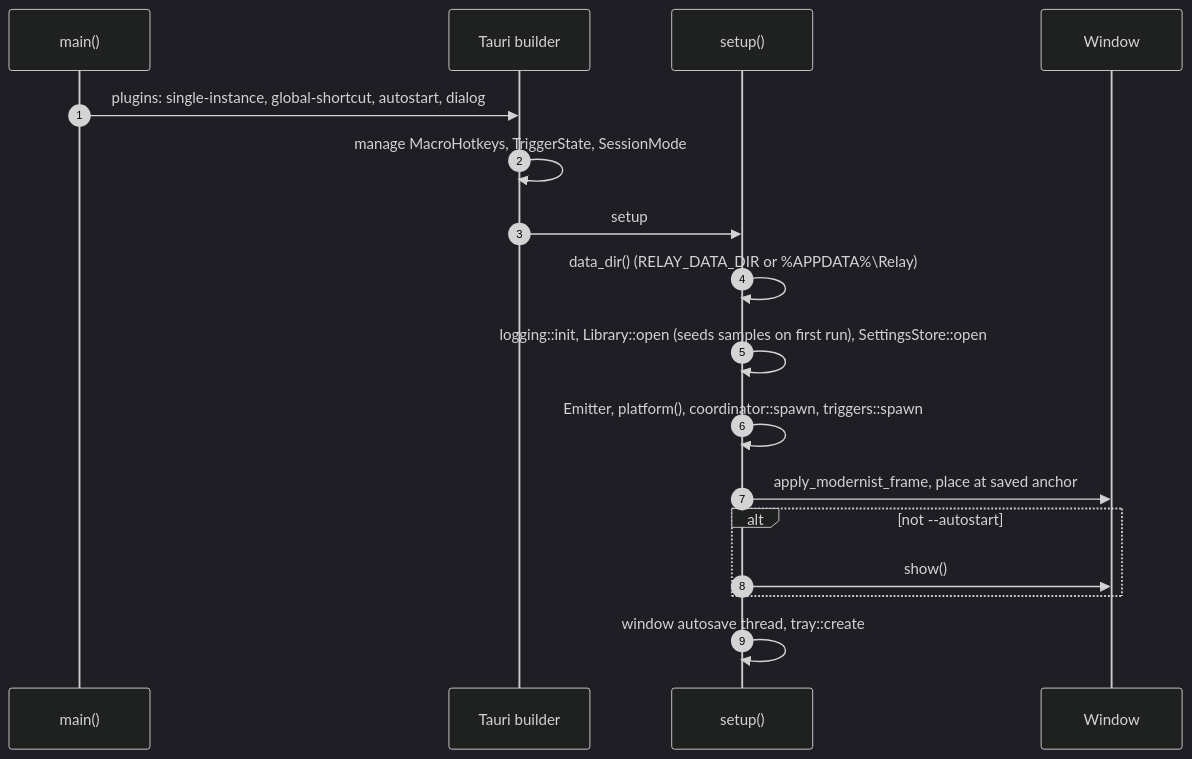
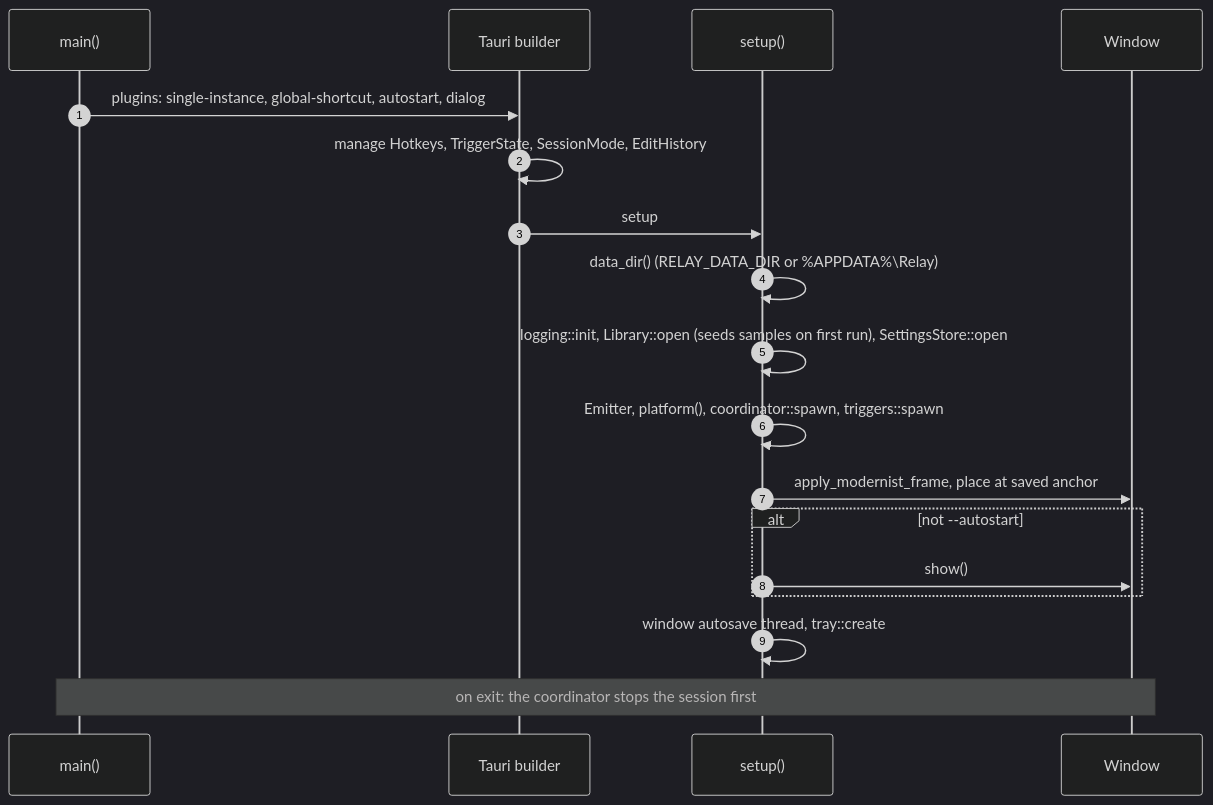
One commit to HappyRave/Relay changed the first of 2 diagrams in docs/engineering/app.md. Above: the diagram before and after it, drawn with Mermaid (dark theme). The commit also changed other lines of this file and 8 other files, not shown here.

Commit message:
docs: the refactored architecture (hotkeys on the main thread, playback generations, hook press tracking, async-result guards, and more)

````diff
--- a/docs/engineering/app.md
+++ b/docs/engineering/app.md
@@ -38,19 +38,20 @@
 ```mermaid
 sequenceDiagram
     autonumber
     participant M as main()
     participant T as Tauri builder
     participant S as setup()
     participant W as Window
     M->>T: plugins: single-instance, global-shortcut, autostart, dialog
-    T->>T: manage MacroHotkeys, TriggerState, SessionMode
+    T->>T: manage Hotkeys, TriggerState, SessionMode, EditHistory
     T->>S: setup
     S->>S: data_dir() (RELAY_DATA_DIR or %APPDATA%\Relay)
     S->>S: logging::init, Library::open (seeds samples on first run), SettingsStore::open
     S->>S: Emitter, platform(), coordinator::spawn, triggers::spawn
     S->>W: apply_modernist_frame, place at saved anchor
     alt not --autostart
         S->>W: show()
     end
     S->>S: window autosave thread, tray::create
+    Note over M,W: on exit: the coordinator stops the session first
 ```
````
